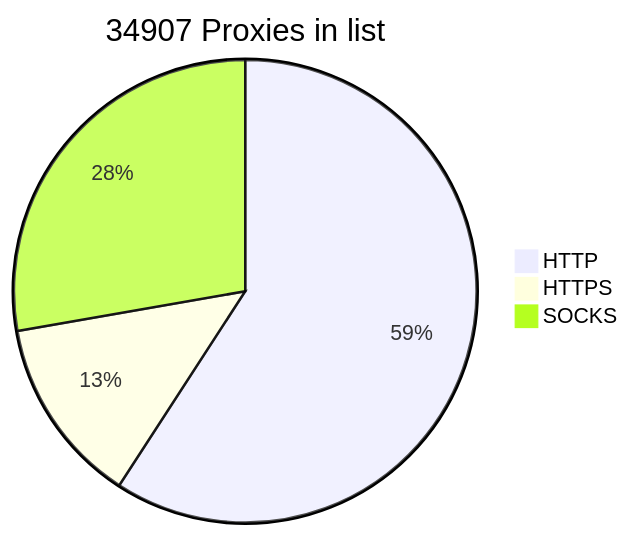
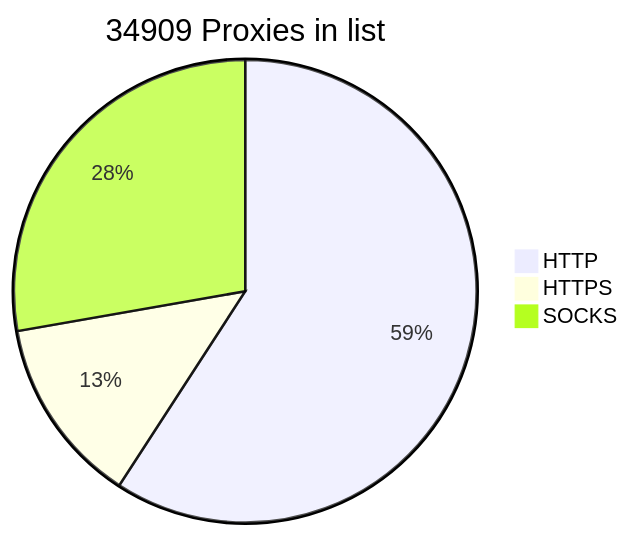
One commit to BlackSnowDot/proxylist-update-every-minute changed the diagram in README.md. Above: the diagram before and after it, drawn with Mermaid.

````diff
--- a/README.md
+++ b/README.md
@@ -2,6 +2,6 @@
 ```mermaid
-pie title 34907 Proxies in list
+pie title 34909 Proxies in list
     "HTTP" : 22912
     "HTTPS": 5066
-    "SOCKS" : 10748
+    "SOCKS" : 10750
 ```
````
